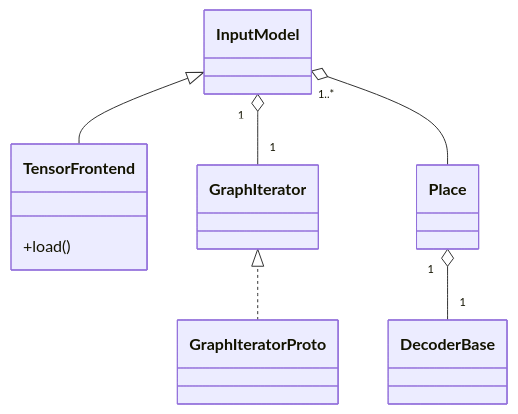
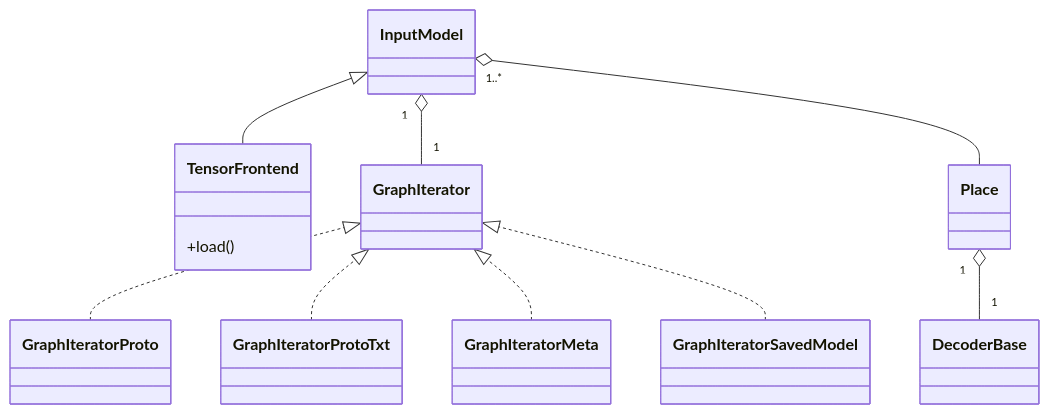
The second of 3 diagrams in src/frontends/tensorflow/README.md (openvinotoolkit/openvino), drawn with Mermaid before and after one commit. The commit also changed other lines of this file, not shown here.

````diff
--- a/src/frontends/tensorflow/README.md
+++ b/src/frontends/tensorflow/README.md
@@ -62,12 +63,15 @@
 ```mermaid
 classDiagram
     direction BT
     class TensorFrontend {
         +load()
     }
     TensorFrontend --|> InputModel
     GraphIterator "1" --o "1" InputModel
     Place --o "1..*" InputModel
     DecoderBase "1" --o "1" Place
     GraphIteratorProto ..|> GraphIterator
+    GraphIteratorProtoTxt ..|> GraphIterator
+    GraphIteratorMeta ..|> GraphIterator
+    GraphIteratorSavedModel ..|> GraphIterator
 ```
````
